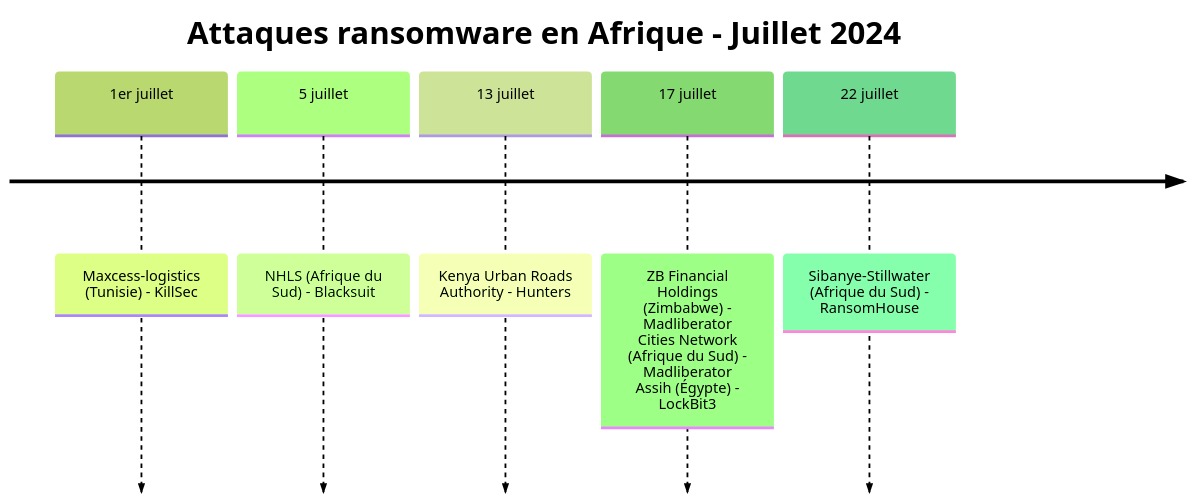
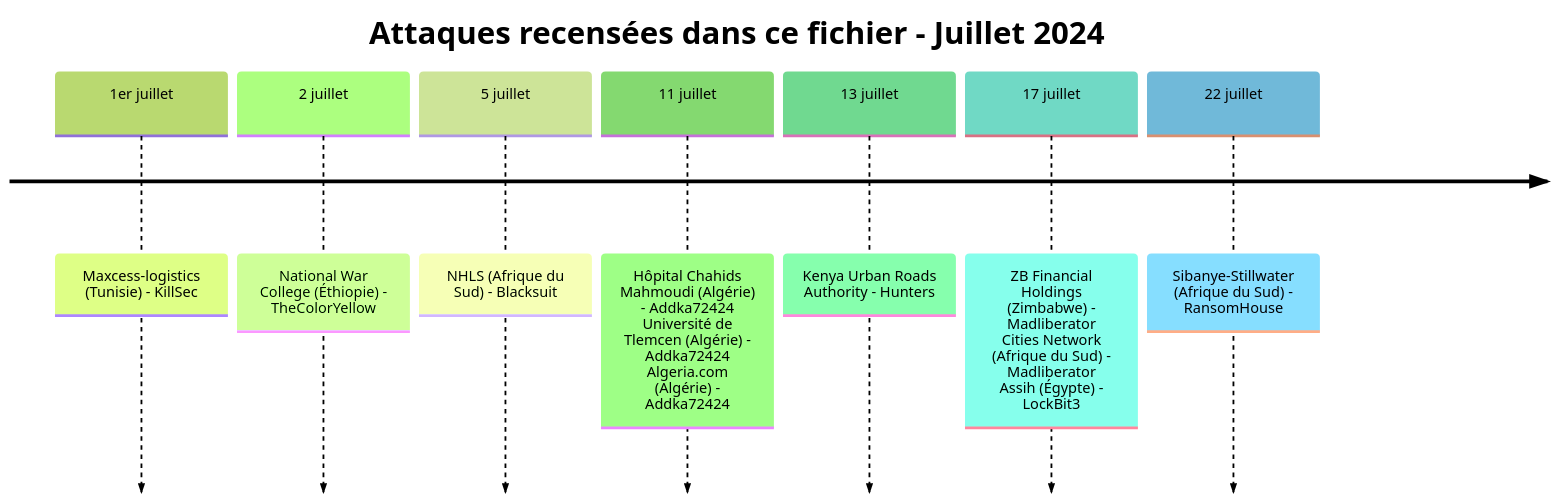
Before and after one commit to Hatchepsoute/AFRINTEL: the first of 5 diagrams in CyberAttackAfrica/2024/07-july/README_FR.md, drawn with Mermaid (forest theme). The commit also changed other lines of this file and 255 other files, not shown here.

````diff
--- a/CyberAttackAfrica/2024/07-july/README_FR.md
+++ b/CyberAttackAfrica/2024/07-july/README_FR.md
@@ -35,9 +40,11 @@
 ```mermaid
 timeline
-    title Attaques ransomware en Afrique - Juillet 2024
+    title Attaques recensées dans ce fichier - Juillet 2024
     1er juillet : Maxcess-logistics (Tunisie) - KillSec
+    2 juillet : National War College (Éthiopie) - TheColorYellow
     5 juillet : NHLS (Afrique du Sud) - Blacksuit
+    11 juillet : Hôpital Chahids Mahmoudi (Algérie) - Addka72424<br>Université de Tlemcen (Algérie) - Addka72424<br>Algeria.com (Algérie) - Addka72424
     13 juillet : Kenya Urban Roads Authority - Hunters
     17 juillet : ZB Financial Holdings (Zimbabwe) - Madliberator<br>Cities Network (Afrique du Sud) - Madliberator<br>Assih (Égypte) - LockBit3
     22 juillet : Sibanye-Stillwater (Afrique du Sud) - RansomHouse
 ```
````
